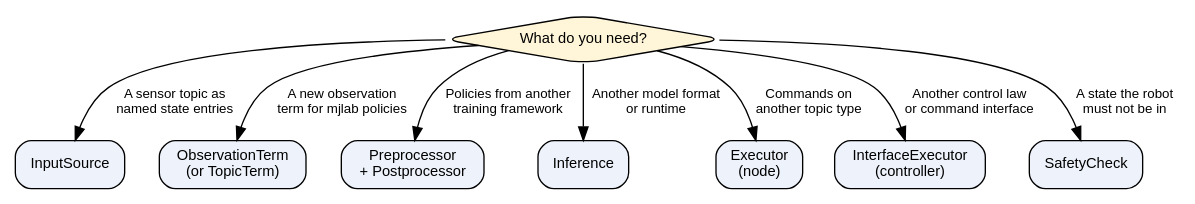
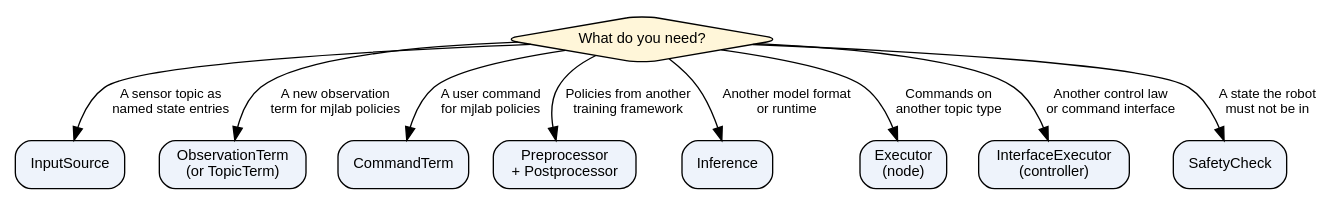
Before and after one commit to saikishor/ros2_policy_framework: the first of 2 diagrams in docs/extending.rst, drawn with Graphviz. The commit also changed other lines of this file and 3 other files, not shown here.

Commit message:
Document CommandTerm, the command stamps and why user commands do not count for the input age

```diff
--- a/docs/extending.rst
+++ b/docs/extending.rst
@@ -11,22 +11,24 @@
 .. graphviz::
 
    digraph which_plugin {
      rankdir=TB;
      node [shape=box, style="rounded,filled", fillcolor="#eef3fb", fontname="Helvetica", fontsize=11];
      edge [fontname="Helvetica", fontsize=10];
      q1 [label="What do you need?", shape=diamond, fillcolor="#fff6d9"];
      source [label="InputSource"];
      term [label="ObservationTerm\n(or TopicTerm)"];
+     command [label="CommandTerm"];
      pre [label="Preprocessor\n+ Postprocessor"];
      inf [label="Inference"];
      exec [label="Executor\n(node)"];
      iexec [label="InterfaceExecutor\n(controller)"];
      check [label="SafetyCheck"];
      q1 -> source [label="A sensor topic as\nnamed state entries"];
      q1 -> term [label="A new observation\nterm for mjlab policies"];
+     q1 -> command [label="A user command\nfor mjlab policies"];
      q1 -> pre [label="Policies from another\ntraining framework"];
      q1 -> inf [label="Another model format\nor runtime"];
      q1 -> exec [label="Commands on\nanother topic type"];
      q1 -> iexec [label="Another control law\nor command interface"];
      q1 -> check [label="A state the robot\nmust not be in"];
    }
```
